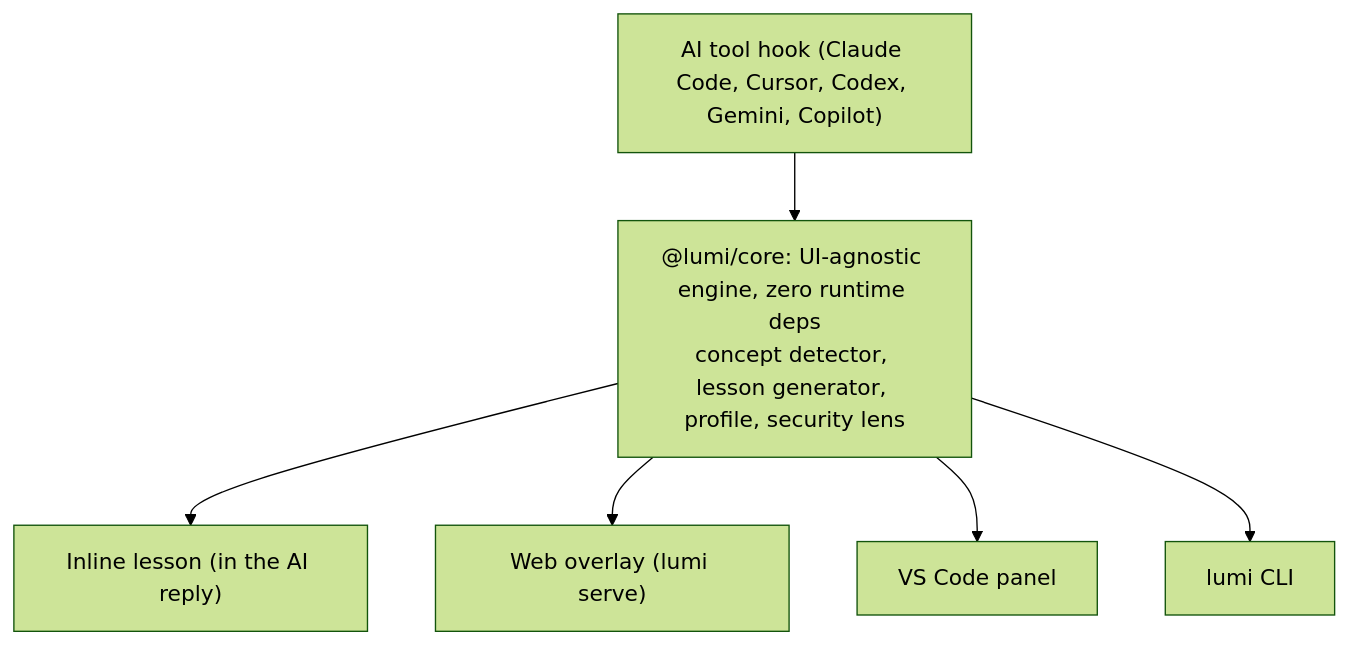
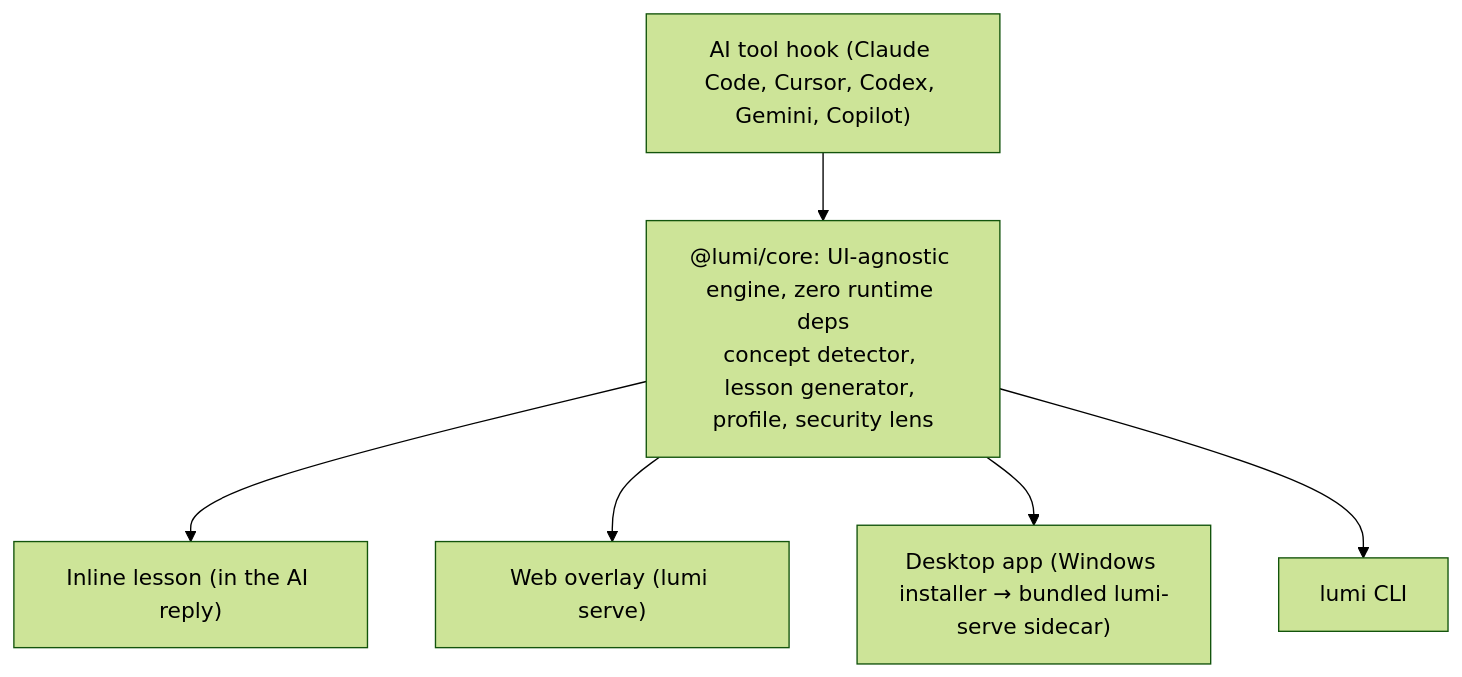
The diagram in README.md (stefanbogdanmda/lumi), drawn with Mermaid (forest theme) before and after one commit. The commit also changed other lines of this file and 1 other file, not shown here.

Commit message:
docs: fix stale desktop-shell + VS Code surface references (post-sidecar)

````diff
--- a/README.md
+++ b/README.md
@@ -220,8 +224,8 @@
 ```mermaid
 flowchart TD
     Hook["AI tool hook (Claude Code, Cursor, Codex, Gemini, Copilot)"] --> Core["@lumi/core: UI-agnostic engine, zero runtime deps<br/>concept detector, lesson generator, profile, security lens"]
     Core --> Inline["Inline lesson (in the AI reply)"]
     Core --> Overlay["Web overlay (lumi serve)"]
-    Core --> VSCode["VS Code panel"]
+    Core --> Desktop["Desktop app (Windows installer → bundled lumi-serve sidecar)"]
     Core --> CLI["lumi CLI"]
 ```
````
